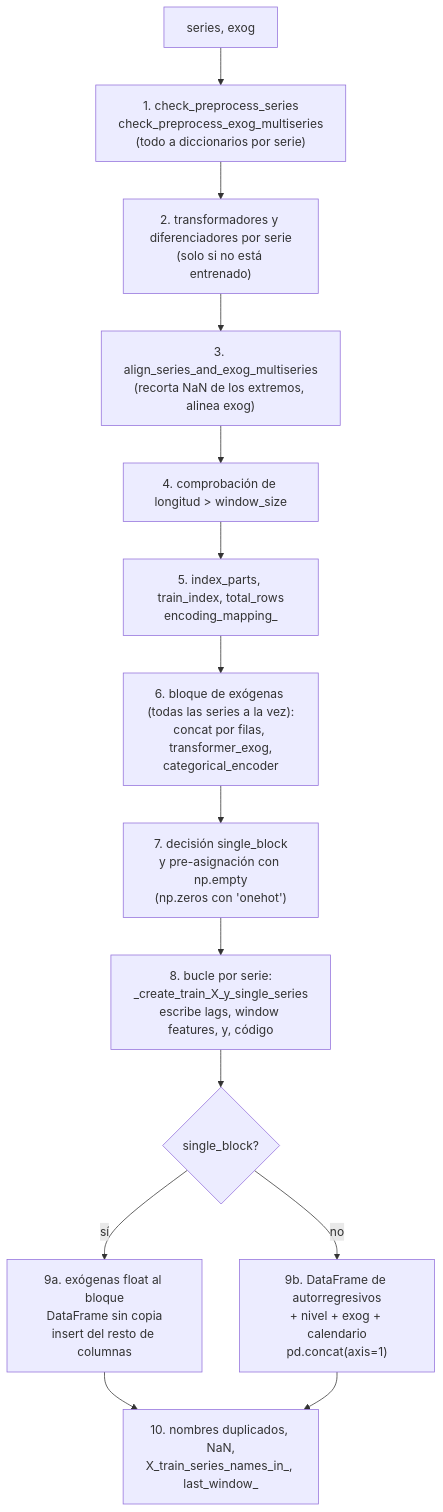
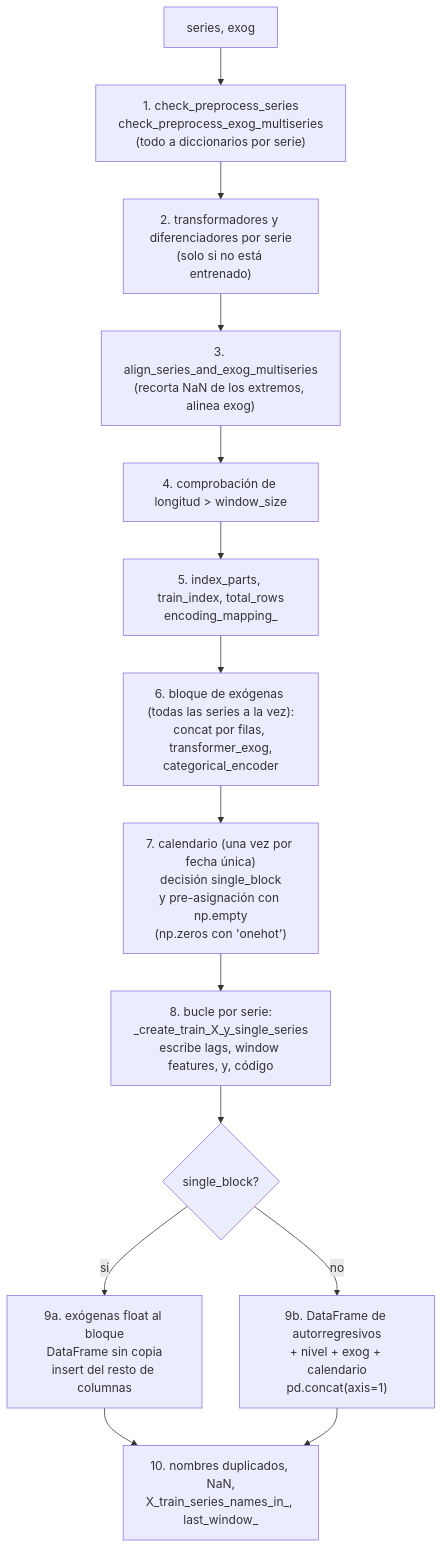
The diagram in dev/multiseries_train_matrices.md (skforecast/skforecast), drawn with Mermaid before and after one commit. The commit also changed other lines of this file and 4 other files, not shown here.

````diff
--- a/dev/multiseries_train_matrices.md
+++ b/dev/multiseries_train_matrices.md
@@ -74,16 +74,16 @@
 ```mermaid
 flowchart TD
     A["series, exog"] --> B["1. check_preprocess_series<br/>check_preprocess_exog_multiseries<br/>(todo a diccionarios por serie)"]
     B --> C["2. transformadores y diferenciadores por serie<br/>(solo si no está entrenado)"]
     C --> D["3. align_series_and_exog_multiseries<br/>(recorta NaN de los extremos, alinea exog)"]
     D --> E["4. comprobación de longitud > window_size"]
     E --> F["5. index_parts, train_index, total_rows<br/>encoding_mapping_"]
     F --> G["6. bloque de exógenas (todas las series a la vez):<br/>concat por filas, transformer_exog,<br/>categorical_encoder"]
-    G --> H["7. decisión single_block<br/>y pre-asignación con np.empty<br/>(np.zeros con 'onehot')"]
+    G --> H["7. calendario (una vez por fecha única)<br/>decisión single_block<br/>y pre-asignación con np.empty<br/>(np.zeros con 'onehot')"]
     H --> I["8. bucle por serie:<br/>_create_train_X_y_single_series<br/>escribe lags, window features, y, código"]
     I --> J{"single_block?"}
     J -->|sí| K["9a. exógenas float al bloque<br/>DataFrame sin copia<br/>insert del resto de columnas"]
     J -->|no| L["9b. DataFrame de autorregresivos<br/>+ nivel + exog + calendario<br/>pd.concat(axis=1)"]
     K --> M["10. nombres duplicados, NaN,<br/>X_train_series_names_in_, last_window_"]
     L --> M
 ```
````
